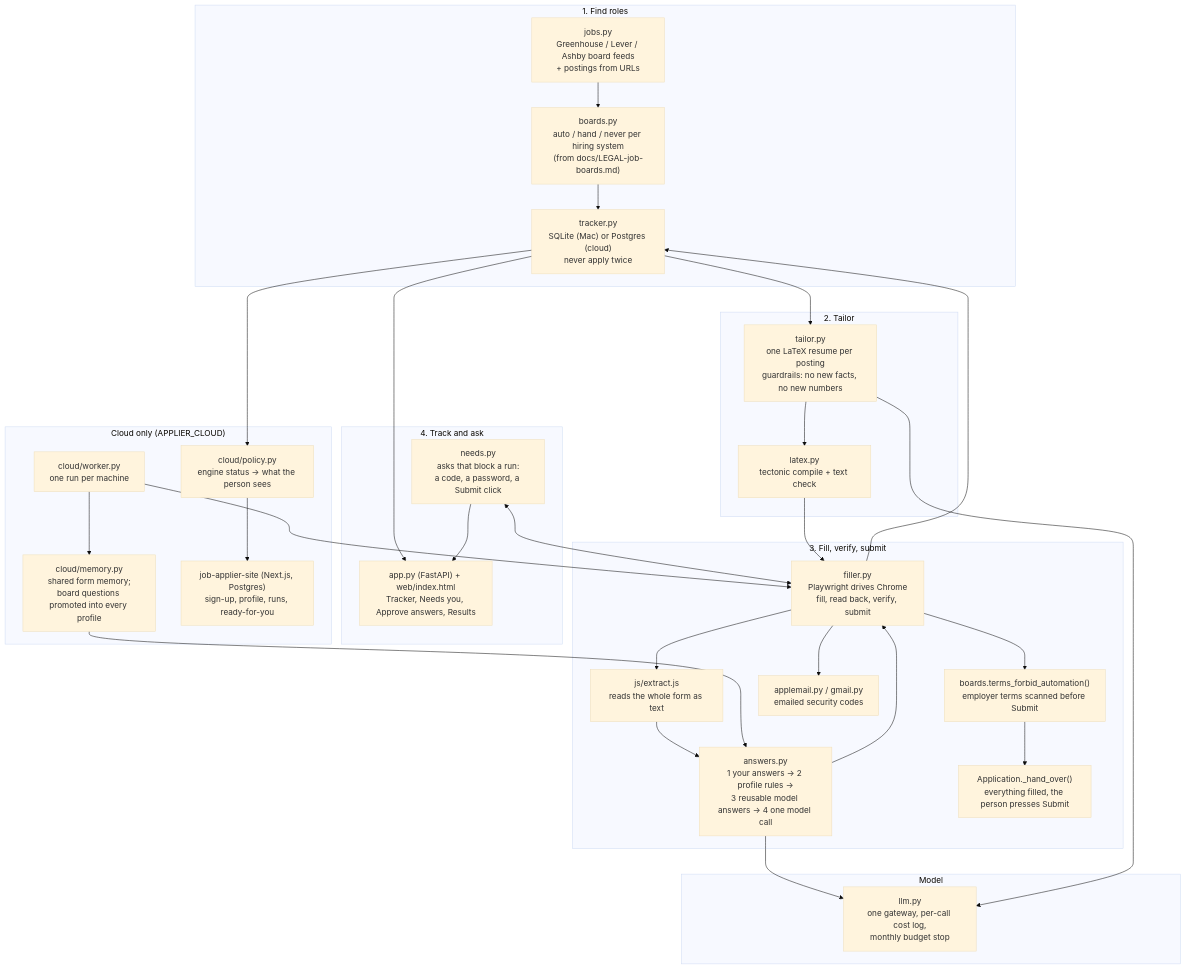
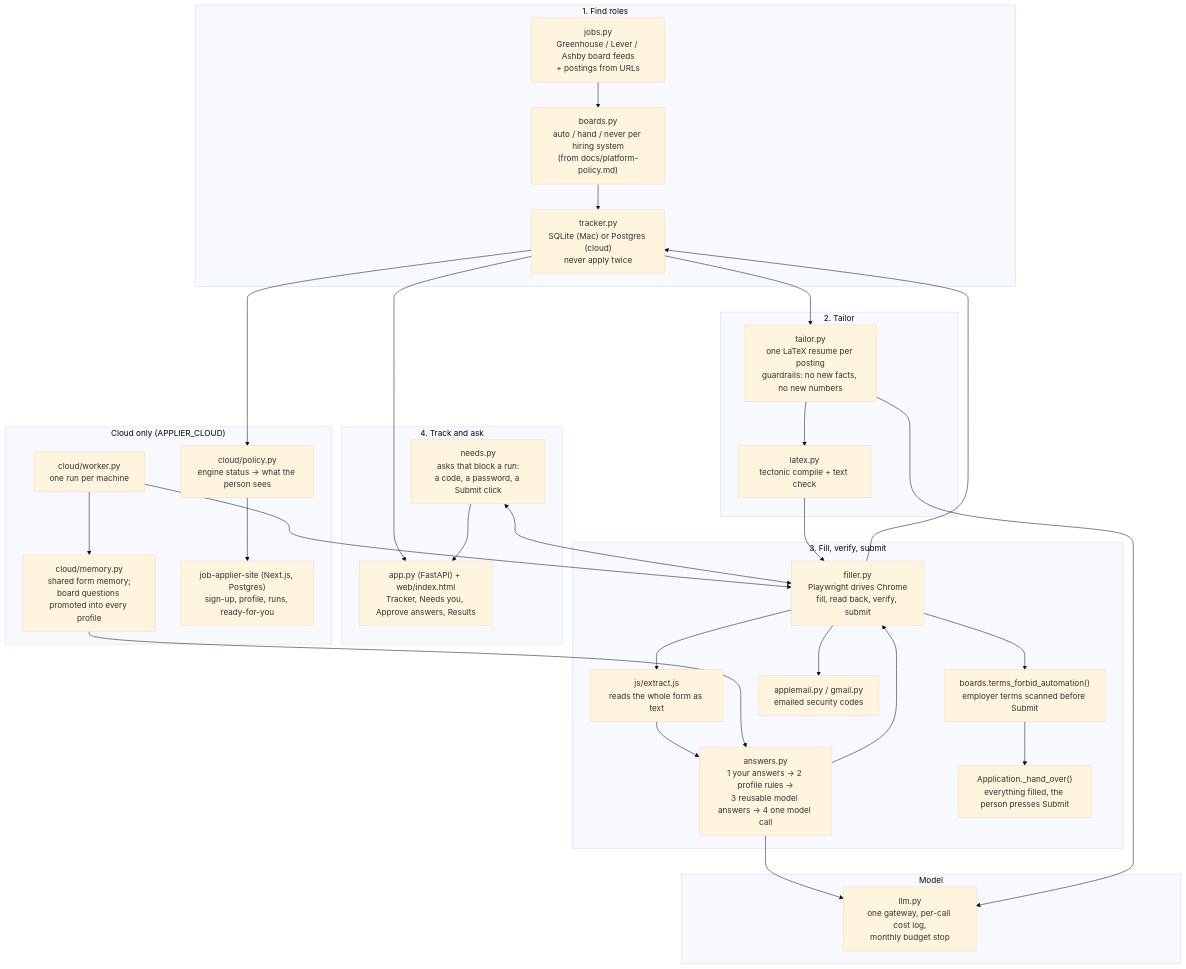
One commit to arnavchawla26/job-applier-showcase changed the diagram in docs/architecture.md. Above: the diagram before and after it, drawn with Mermaid (base theme). The commit also changed 6 other files, not shown here.

Commit message:
Policy doc rewritten in project voice as docs/platform-policy.md (operator obligations and competitor survey dropped, sources kept); demo tracker row made non-finance and re-rendered; scrub checklist records both greps

````diff
--- a/docs/architecture.md
+++ b/docs/architecture.md
@@ -8,46 +8,46 @@
 ```mermaid
 flowchart TB
     subgraph discover["1. Find roles"]
         jobs["jobs.py<br/>Greenhouse / Lever / Ashby board feeds<br/>+ postings from URLs"]
-        boards["boards.py<br/>auto / hand / never per hiring system<br/>(from docs/LEGAL-job-boards.md)"]
+        boards["boards.py<br/>auto / hand / never per hiring system<br/>(from docs/platform-policy.md)"]
         tracker["tracker.py<br/>SQLite (Mac) or Postgres (cloud)<br/>never apply twice"]
     end
     subgraph tailor["2. Tailor"]
         tailorpy["tailor.py<br/>one LaTeX resume per posting<br/>guardrails: no new facts, no new numbers"]
         latex["latex.py<br/>tectonic compile + text check"]
     end
     subgraph fill["3. Fill, verify, submit"]
         extract["js/extract.js<br/>reads the whole form as text"]
         answers["answers.py<br/>1 your answers -> 2 profile rules -><br/>3 reusable model answers -> 4 one model call"]
         filler["filler.py<br/>Playwright drives Chrome<br/>fill, read back, verify, submit"]
         terms["boards.terms_forbid_automation()<br/>employer terms scanned before Submit"]
         handover["Application._hand_over()<br/>everything filled, the person presses Submit"]
         mail["applemail.py / gmail.py<br/>emailed security codes"]
     end
     subgraph llm["Model"]
         llmpy["llm.py<br/>one gateway, per-call cost log,<br/>monthly budget stop"]
     end
     subgraph ui["4. Track and ask"]
         app["app.py (FastAPI) + web/index.html<br/>Tracker, Needs you, Approve answers, Results"]
         needs["needs.py<br/>asks that block a run:<br/>a code, a password, a Submit click"]
     end
     subgraph cloud["Cloud only (APPLIER_CLOUD)"]
         worker["cloud/worker.py<br/>one run per machine"]
         memory["cloud/memory.py<br/>shared form memory;<br/>board questions promoted into every profile"]
         policy["cloud/policy.py<br/>engine status -> what the person sees"]
         site["job-applier-site (Next.js, Postgres)<br/>sign-up, profile, runs, ready-for-you"]
     end
 
     jobs --> boards --> tracker --> tailorpy --> latex --> filler
     filler --> extract --> answers --> llmpy
     answers --> filler
     filler --> terms --> handover
     filler --> mail
     filler --> tracker --> app
     needs <--> filler
     needs --> app
     tailorpy --> llmpy
     worker --> filler
     worker --> memory --> answers
     tracker --> policy --> site
 ```
````
